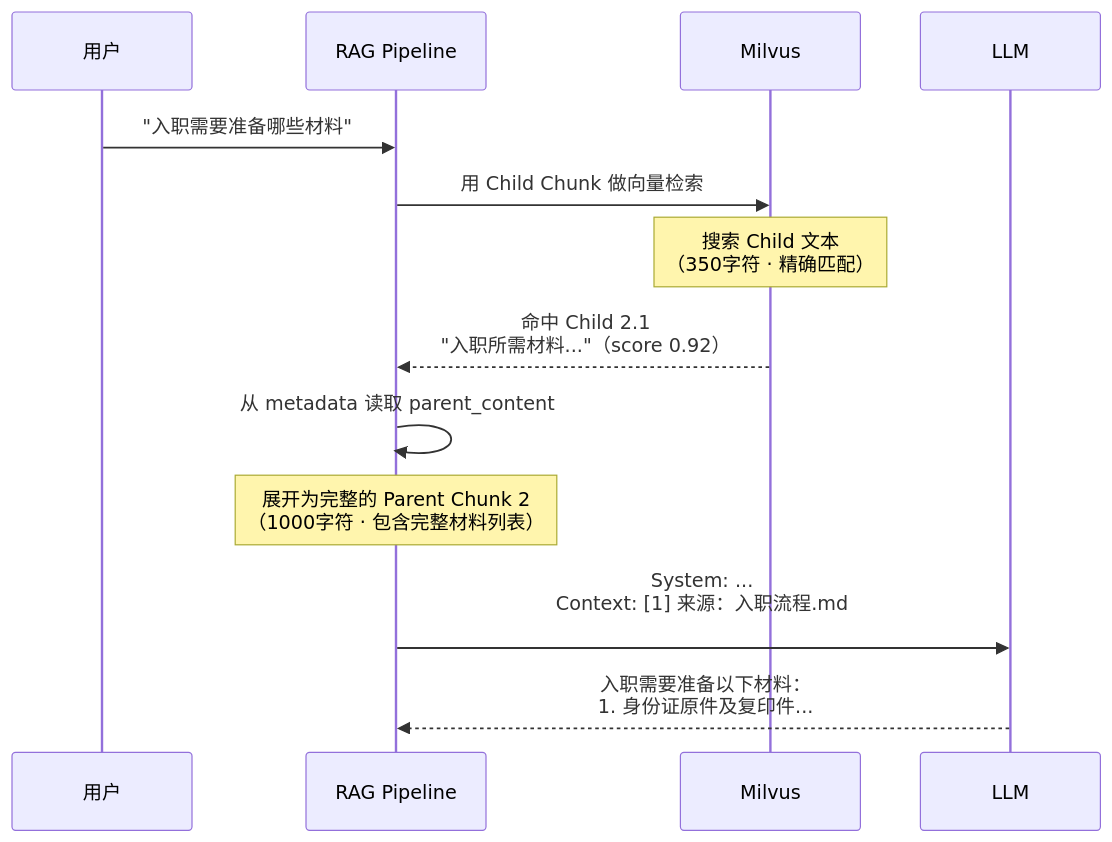
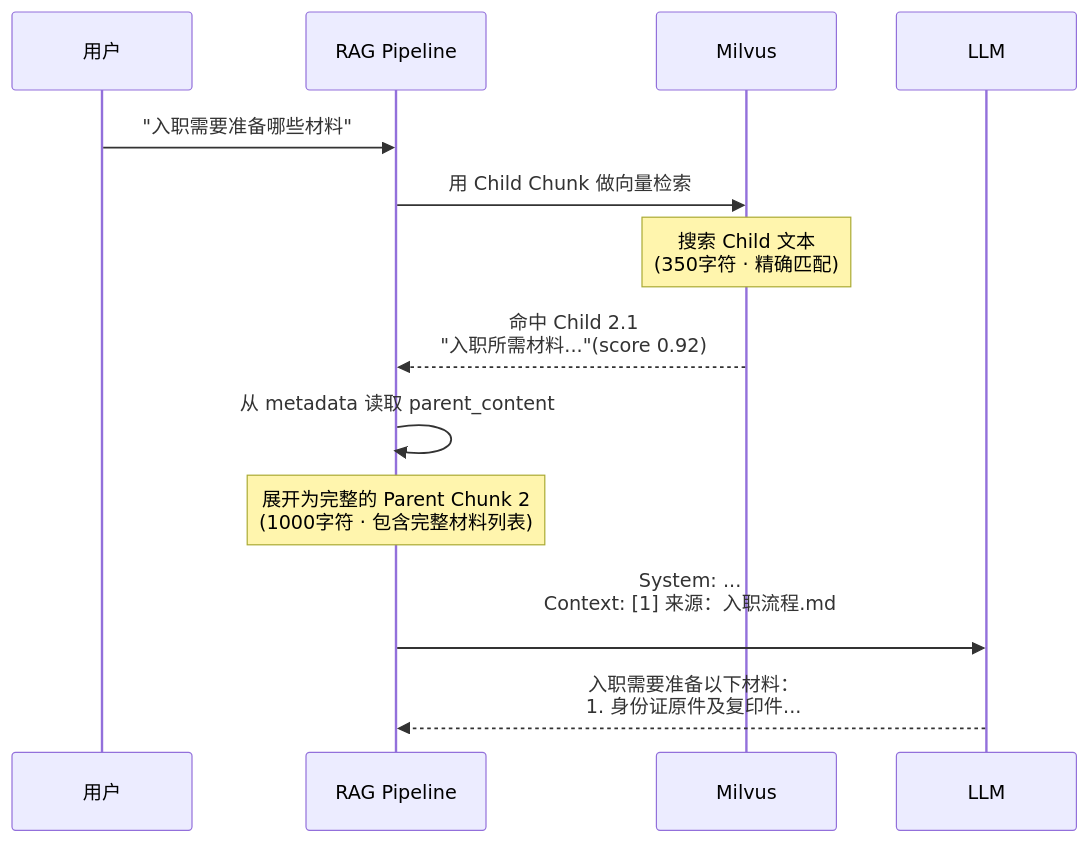
Before and after one commit to VectorPeak/VectorPeakBlogs: the third of 5 diagrams in RAG/appendix/chunking-strategy-appendix.mdx, drawn with Mermaid. The commit also changed other lines of this file and 35 other files, not shown here.

````diff
--- a/RAG/appendix/chunking-strategy-appendix.mdx
+++ b/RAG/appendix/chunking-strategy-appendix.mdx
@@ -104,21 +104,21 @@
 ```mermaid
 sequenceDiagram
     participant User as 用户
     participant Pipeline as RAG Pipeline
     participant Milvus as Milvus
     participant LLM as LLM
 
     User->>Pipeline: "入职需要准备哪些材料"
 
     Pipeline->>Milvus: 用 Child Chunk 做向量检索
-    Note over Milvus: 搜索 Child 文本<br/>（350字符 · 精确匹配）
+    Note over Milvus: 搜索 Child 文本<br/>(350字符 · 精确匹配)
 
-    Milvus-->>Pipeline: 命中 Child 2.1<br/>"入职所需材料..."（score 0.92）
+    Milvus-->>Pipeline: 命中 Child 2.1<br/>"入职所需材料..."(score 0.92)
 
     Pipeline->>Pipeline: 从 metadata 读取 parent_content
-    Note over Pipeline: 展开为完整的 Parent Chunk 2<br/>（1000字符 · 包含完整材料列表）
+    Note over Pipeline: 展开为完整的 Parent Chunk 2<br/>(1000字符 · 包含完整材料列表)
 
     Pipeline->>LLM: System: ...<br/>Context: [1] 来源：入职流程.md<br/>## 入职所需材料<br/>1. 身份证原件及复印件<br/>2. 学历证书复印件<br/>3. 离职证明<br/>4. 体检报告<br/>5. 银行卡信息<br/>...
 
     LLM-->>Pipeline: 入职需要准备以下材料：<br/>1. 身份证原件及复印件...
 ```
````
